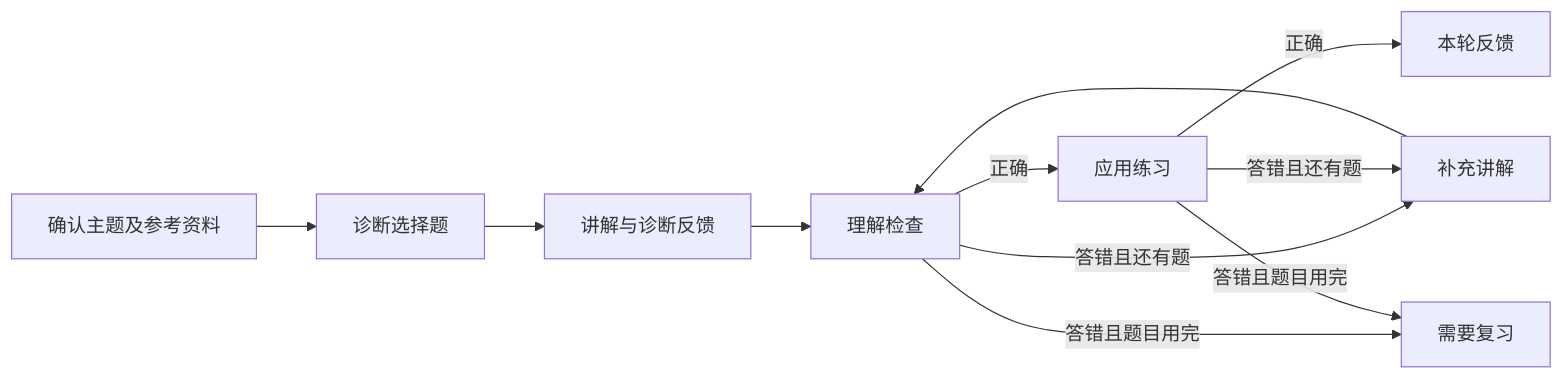
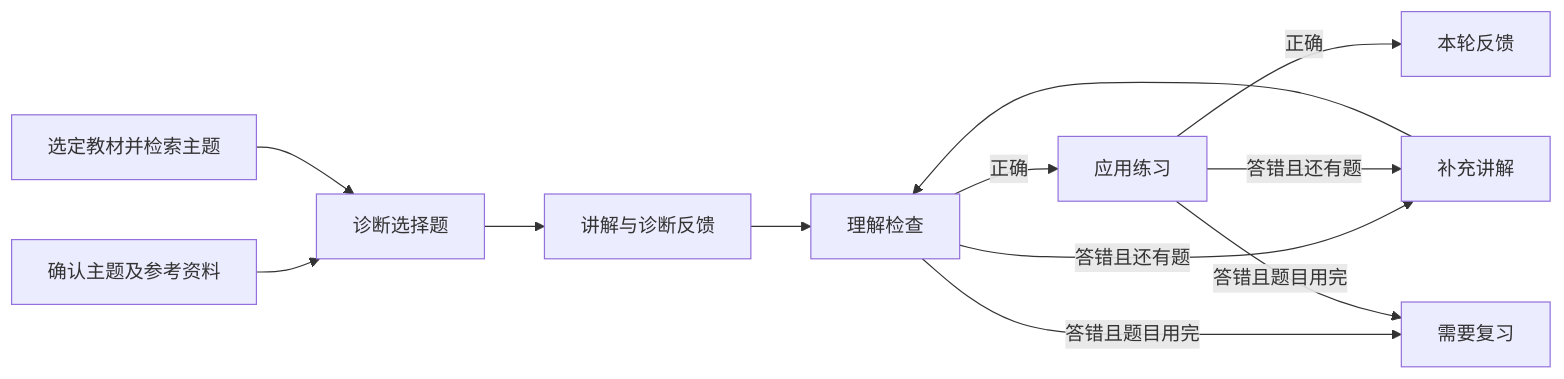
One commit to just706/AI-Tutor changed the third of 3 diagrams in docs/Architecture.md. Above: the diagram before and after it, drawn with Mermaid. The commit also changed other lines of this file and 25 other files, not shown here.

````diff
--- a/docs/Architecture.md
+++ b/docs/Architecture.md
@@ -54,13 +54,14 @@
 ```mermaid
 flowchart LR
   C[确认主题及参考资料] --> D[诊断选择题]
+  M[选定教材并检索主题] --> D
   D --> T[讲解与诊断反馈]
   T --> K[理解检查]
   K -->|正确| P[应用练习]
   P -->|正确| F[本轮反馈]
   K -->|答错且还有题| R[补充讲解]
   P -->|答错且还有题| R
   R --> K
   K -->|答错且题目用完| V[需要复习]
   P -->|答错且题目用完| V
 ```
````
